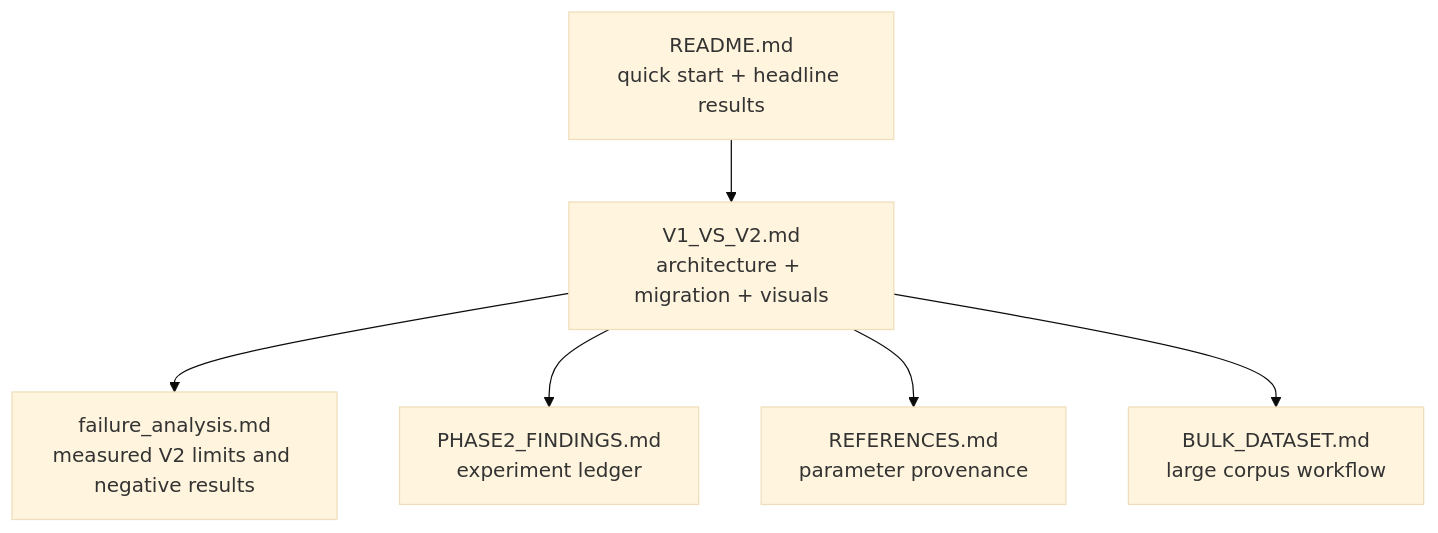
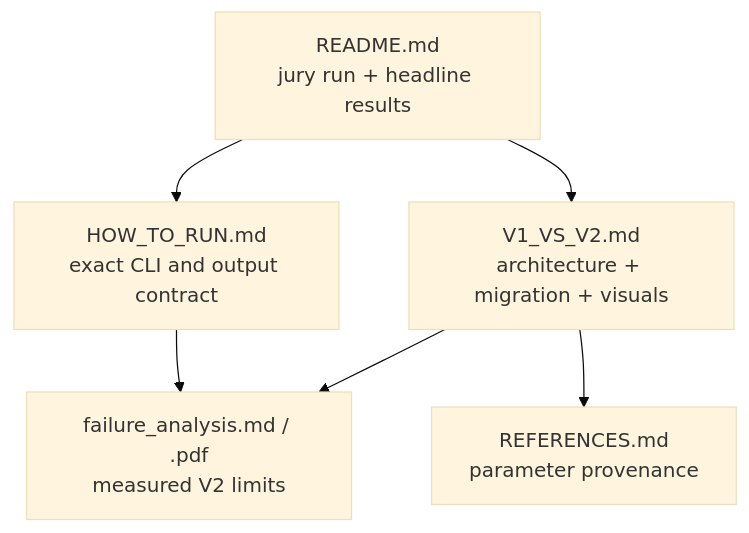
One commit to RHUDHRESH/LatticeRank-SEMICON-2026 changed diagram 14 of 14 in docs/V1_VS_V2.md. Above: the diagram before and after it, drawn with Mermaid (base theme). The commit also changed other lines of this file and 24 other files, not shown here.

First line of the commit message:
Align the Phase 2 zip with the official run contract and expand the V1 versus V2 visual guide.

````diff
--- a/docs/V1_VS_V2.md
+++ b/docs/V1_VS_V2.md
@@ -445,15 +490,14 @@
 ```mermaid
 flowchart TB
-    README["README.md<br/>quick start + headline results"]
+    README["README.md<br/>jury run + headline results"]
+    HOWTO["HOW_TO_RUN.md<br/>exact CLI and output contract"]
     GUIDE["V1_VS_V2.md<br/>architecture + migration + visuals"]
-    FAIL["failure_analysis.md<br/>measured V2 limits and negative results"]
-    FIND["PHASE2_FINDINGS.md<br/>experiment ledger"]
+    FAIL["failure_analysis.md / .pdf<br/>measured V2 limits"]
     REF["REFERENCES.md<br/>parameter provenance"]
-    DATA["BULK_DATASET.md<br/>large corpus workflow"]
 
+    README --> HOWTO
     README --> GUIDE
     GUIDE --> FAIL
-    GUIDE --> FIND
     GUIDE --> REF
-    GUIDE --> DATA
+    HOWTO --> FAIL
 ```
````
